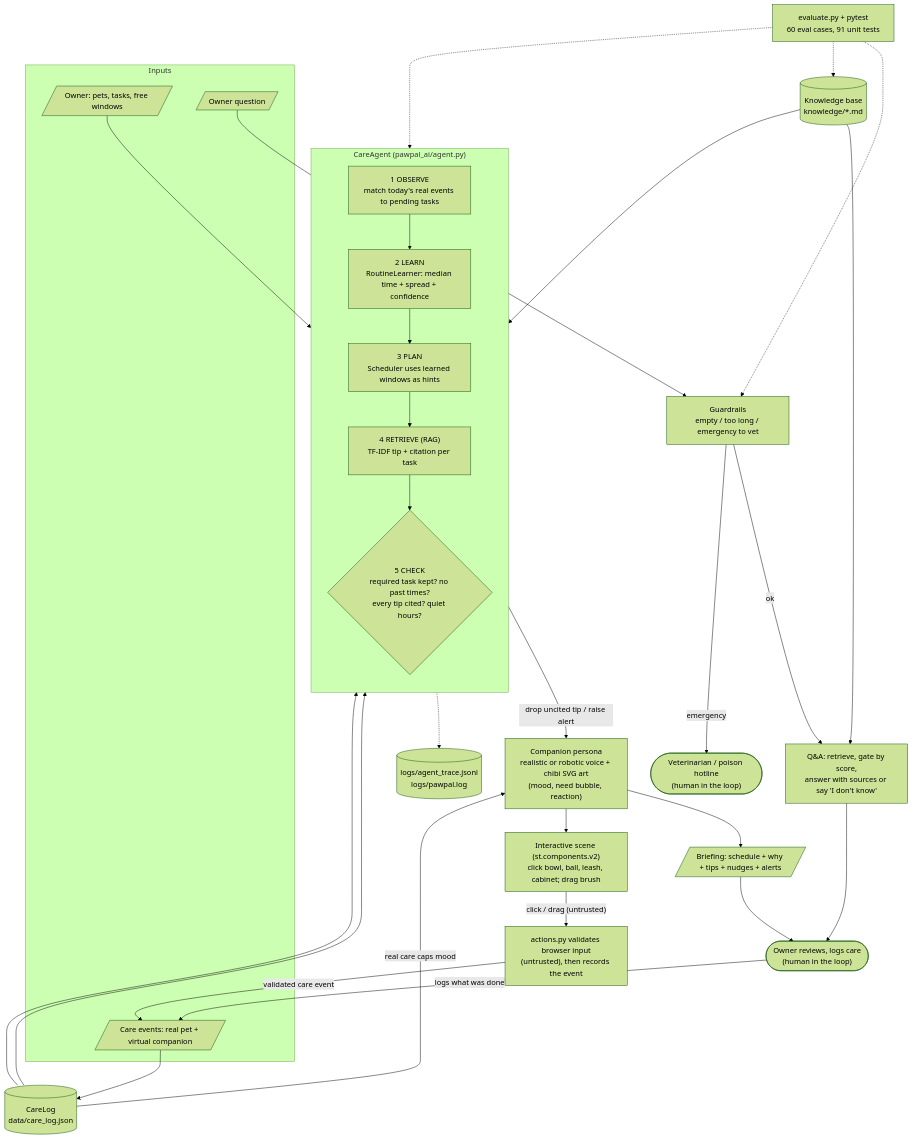
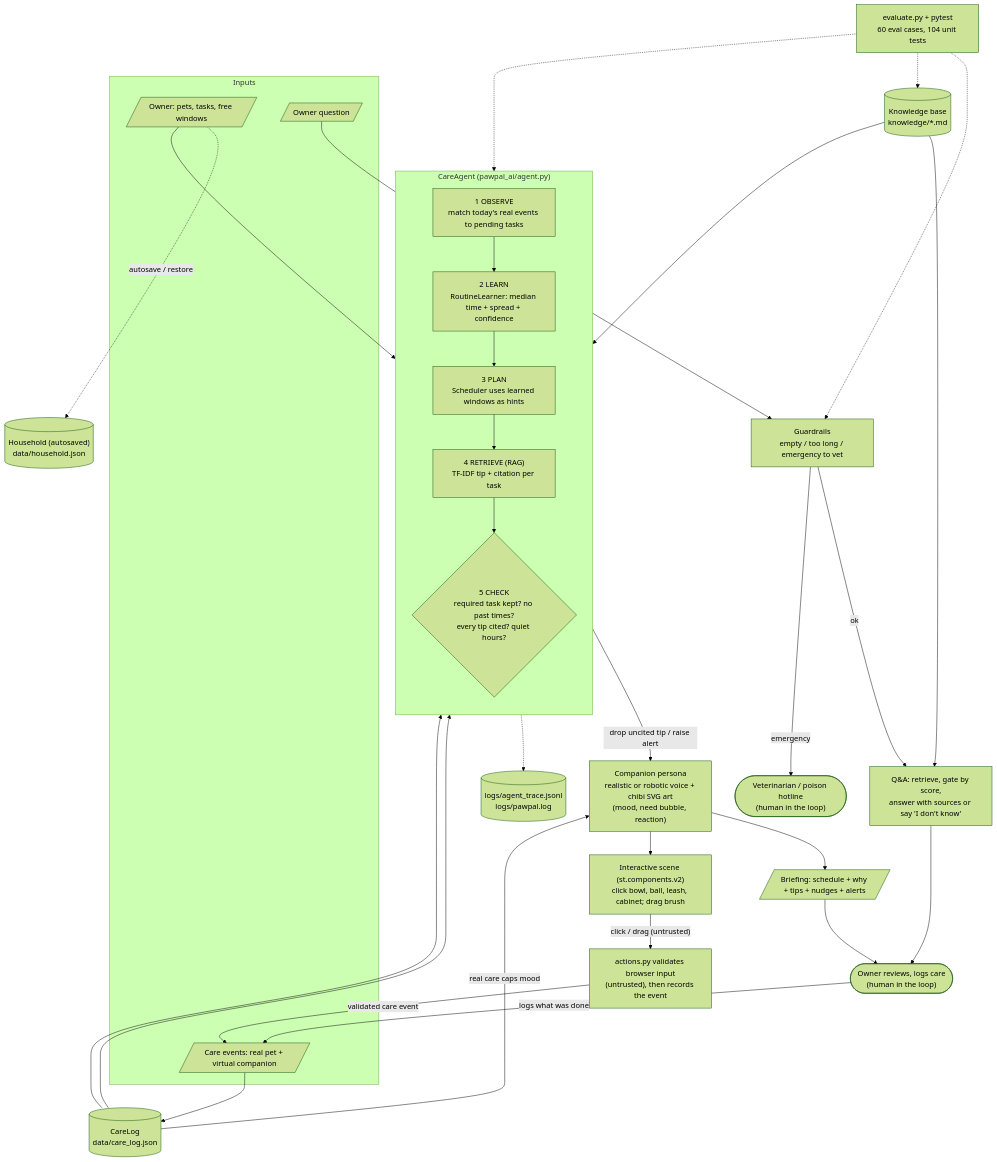
The diagram in diagrams/architecture.mmd (KJhenelle/applied-ai-system-project), drawn with Mermaid (forest theme) before and after one commit. The commit also changed 7 other files, not shown here.

Commit message:
Save and restore the household automatically; export the plan as .ics/text; never persist the demo

```diff
--- a/diagrams/architecture.mmd
+++ b/diagrams/architecture.mmd
@@ -1,51 +1,53 @@
 flowchart TD
     subgraph Inputs
         OWNER[/"Owner: pets, tasks, free windows"/]
         EVENTS[/"Care events: real pet + virtual companion"/]
         QUESTION[/"Owner question"/]
     end
 
     LOG[("CareLog<br/>data/care_log.json")]
+    HOUSE[("Household (autosaved)<br/>data/household.json")]
     KB[("Knowledge base<br/>knowledge/*.md")]
 
     subgraph Agent["CareAgent  (pawpal_ai/agent.py)"]
         direction TB
         OBS["1 OBSERVE<br/>match today's real events to pending tasks"]
         LEARN["2 LEARN<br/>RoutineLearner: median time + spread + confidence"]
         PLAN["3 PLAN<br/>Scheduler uses learned windows as hints"]
         RET["4 RETRIEVE (RAG)<br/>TF-IDF tip + citation per task"]
         CHECK{"5 CHECK<br/>required task kept? no past times?<br/>every tip cited? quiet hours?"}
         OBS --> LEARN --> PLAN --> RET --> CHECK
     end
 
     GUARD["Guardrails<br/>empty / too long / emergency to vet"]
     ASK["Q&A: retrieve, gate by score,<br/>answer with sources or say 'I don't know'"]
 
     COMP["Companion persona<br/>realistic or robotic voice + chibi SVG art<br/>(mood, need bubble, reaction)"]
     OUT[/"Briefing: schedule + why + tips + nudges + alerts"/]
     VET(["Veterinarian / poison hotline<br/>(human in the loop)"])
     STAGE["Interactive scene (st.components.v2)<br/>click bowl, ball, leash, cabinet; drag brush"]
     ACT["actions.py validates browser input<br/>(untrusted), then records the event"]
     OWNERCHECK(["Owner reviews, logs care<br/>(human in the loop)"])
     TRACE[("logs/agent_trace.jsonl<br/>logs/pawpal.log")]
-    EVAL["evaluate.py + pytest<br/>60 eval cases, 91 unit tests"]
+    EVAL["evaluate.py + pytest<br/>60 eval cases, 104 unit tests"]
 
     OWNER --> OBS
+    OWNER -. "autosave / restore" .-> HOUSE
     EVENTS --> LOG --> OBS
     LOG --> LEARN
     KB --> RET
     KB --> ASK
     QUESTION --> GUARD
     GUARD -- "ok" --> ASK
     GUARD -- "emergency" --> VET
     LOG -- "real care caps mood" --> COMP
     CHECK -- "drop uncited tip / raise alert" --> COMP --> OUT --> OWNERCHECK
     ASK --> OWNERCHECK
     COMP --> STAGE
     STAGE -- "click / drag (untrusted)" --> ACT
     ACT -- "validated care event" --> EVENTS
     OWNERCHECK -- "logs what was done" --> EVENTS
     Agent -.-> TRACE
     EVAL -.-> Agent
     EVAL -.-> GUARD
     EVAL -.-> KB
```
